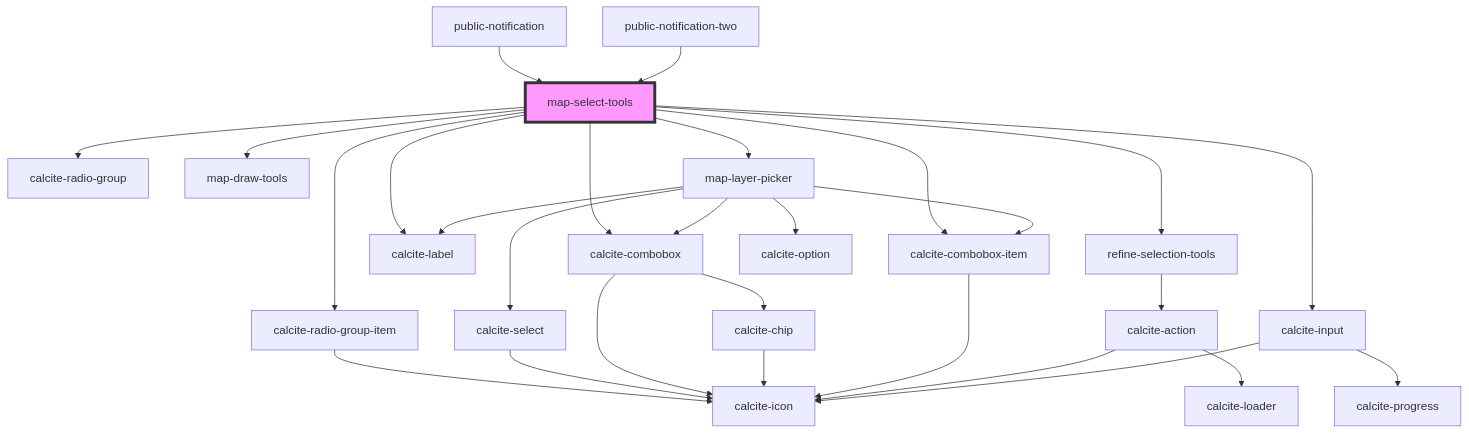
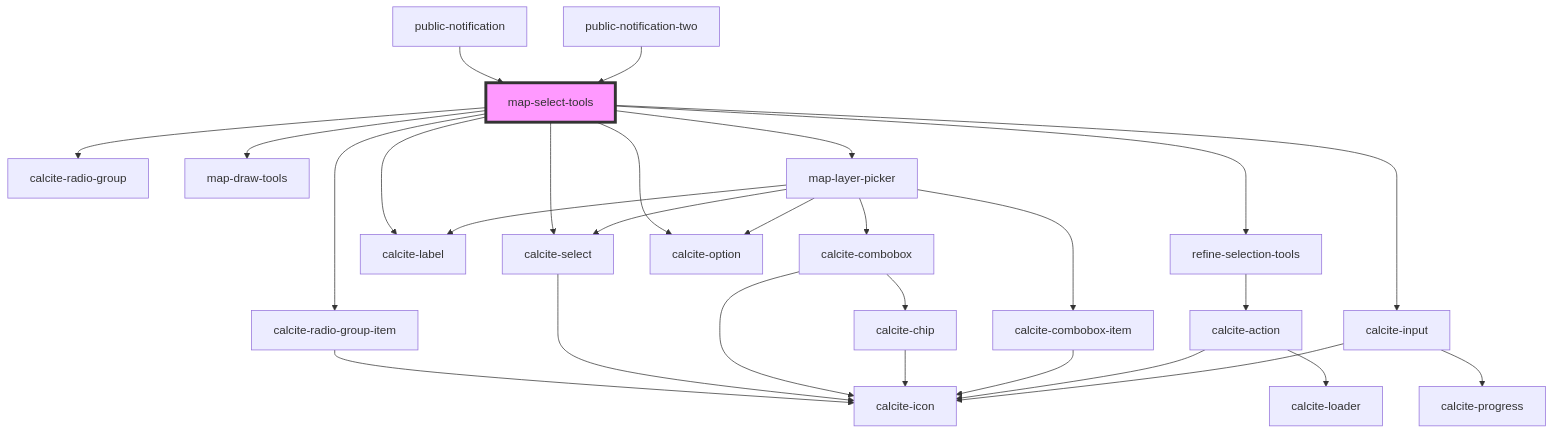
Before and after one commit to Esri/solutions-components: the diagram in src/components/map-select-tools/readme.md, drawn with Mermaid. The commit also changed other lines of this file and 6 other files, not shown here.

````diff
--- a/src/components/map-select-tools/readme.md
+++ b/src/components/map-select-tools/readme.md
@@ -48,31 +49,31 @@
 ```mermaid
 graph TD;
   map-select-tools --> calcite-radio-group
   map-select-tools --> calcite-radio-group-item
   map-select-tools --> map-draw-tools
   map-select-tools --> map-layer-picker
   map-select-tools --> refine-selection-tools
   map-select-tools --> calcite-label
   map-select-tools --> calcite-input
-  map-select-tools --> calcite-combobox
-  map-select-tools --> calcite-combobox-item
+  map-select-tools --> calcite-select
+  map-select-tools --> calcite-option
   calcite-radio-group-item --> calcite-icon
   map-layer-picker --> calcite-label
   map-layer-picker --> calcite-select
   map-layer-picker --> calcite-combobox
   map-layer-picker --> calcite-combobox-item
   map-layer-picker --> calcite-option
   calcite-select --> calcite-icon
   calcite-combobox --> calcite-chip
   calcite-combobox --> calcite-icon
   calcite-chip --> calcite-icon
   calcite-combobox-item --> calcite-icon
   refine-selection-tools --> calcite-action
   calcite-action --> calcite-loader
   calcite-action --> calcite-icon
   calcite-input --> calcite-progress
   calcite-input --> calcite-icon
   public-notification --> map-select-tools
   public-notification-two --> map-select-tools
   style map-select-tools fill:#f9f,stroke:#333,stroke-width:4px
 ```
````
